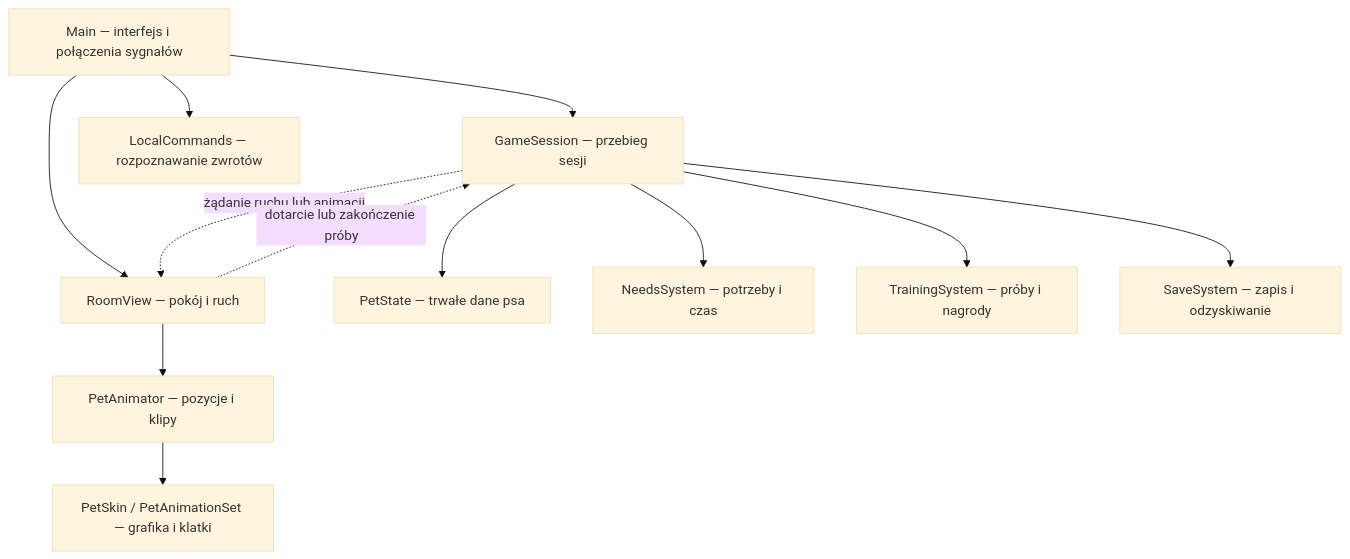
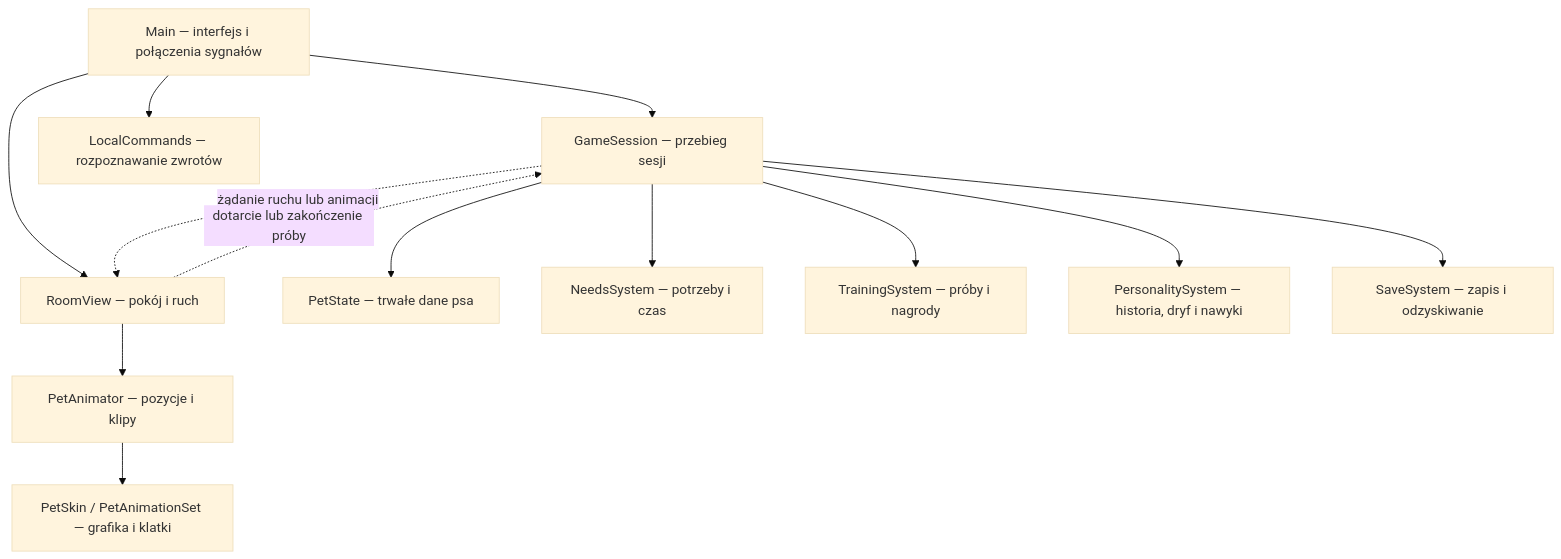
Before and after one commit to maciejkempisty-lang/YuFriend: the first of 2 diagrams in docs/architektura.md, drawn with Mermaid (base theme). The commit also changed other lines of this file and 17 other files, not shown here.

````diff
--- a/docs/architektura.md
+++ b/docs/architektura.md
@@ -13,14 +13,15 @@
 ```mermaid
 flowchart TD
     Main["Main — interfejs i połączenia sygnałów"] --> Session["GameSession — przebieg sesji"]
     Main --> Room["RoomView — pokój i ruch"]
     Session --> State["PetState — trwałe dane psa"]
     Session --> Needs["NeedsSystem — potrzeby i czas"]
     Session --> Training["TrainingSystem — próby i nagrody"]
+    Session --> Personality["PersonalitySystem — historia, dryf i nawyki"]
     Session --> Save["SaveSystem — zapis i odzyskiwanie"]
     Main --> Commands["LocalCommands — rozpoznawanie zwrotów"]
     Room --> Animator["PetAnimator — pozycje i klipy"]
     Animator --> Skin["PetSkin / PetAnimationSet — grafika i klatki"]
     Session -. "żądanie ruchu lub animacji" .-> Room
     Room -. "dotarcie lub zakończenie próby" .-> Session
 ```
````
